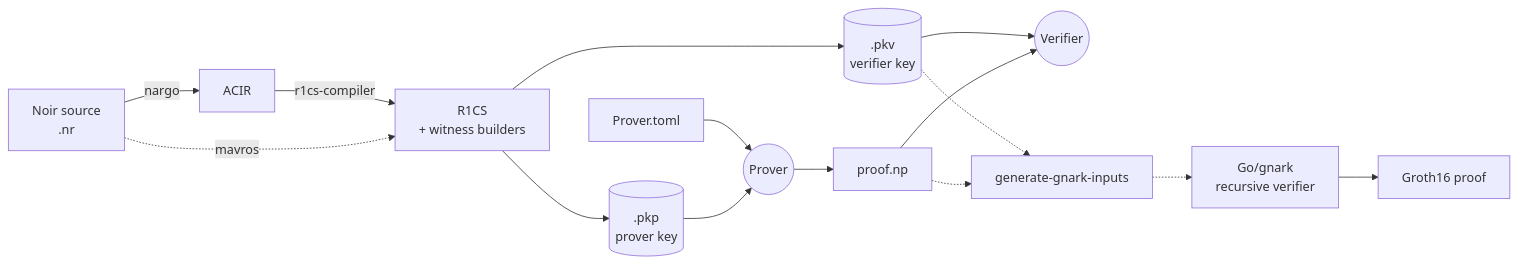
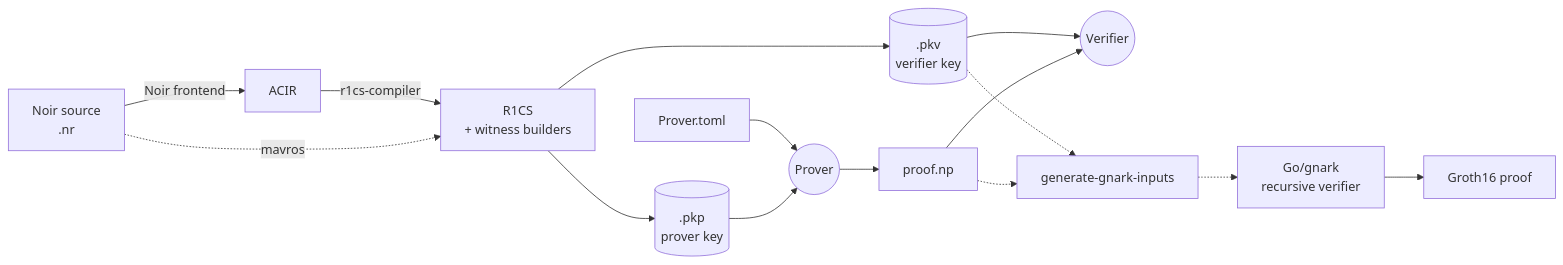
The diagram in README.md (worldfnd/provekit), drawn with Mermaid before and after one commit. The commit also changed other lines of this file, not shown here.

````diff
--- a/README.md
+++ b/README.md
@@ -61,17 +57,17 @@
 ```mermaid
 graph LR
-    Noir[Noir source<br/>.nr] -->|nargo| ACIR[ACIR]
+    Noir[Noir source<br/>.nr] -->|Noir frontend| ACIR[ACIR]
     ACIR -->|r1cs-compiler| R1CS[R1CS<br/>+ witness builders]
     Noir -.->|mavros| R1CS
     R1CS --> PKP[(.pkp<br/>prover key)]
     R1CS --> PKV[(.pkv<br/>verifier key)]
     Inputs[Prover.toml] --> Prover((Prover))
     PKP --> Prover
     Prover --> Proof[proof.np]
     PKV --> Verifier((Verifier))
     Proof --> Verifier
     PKV -.-> GnarkInputs[generate-gnark-inputs]
     Proof -.-> GnarkInputs
     GnarkInputs -.-> Recursive[Go/gnark<br/>recursive verifier]
     Recursive --> Groth16[Groth16 proof]
 ```
````
